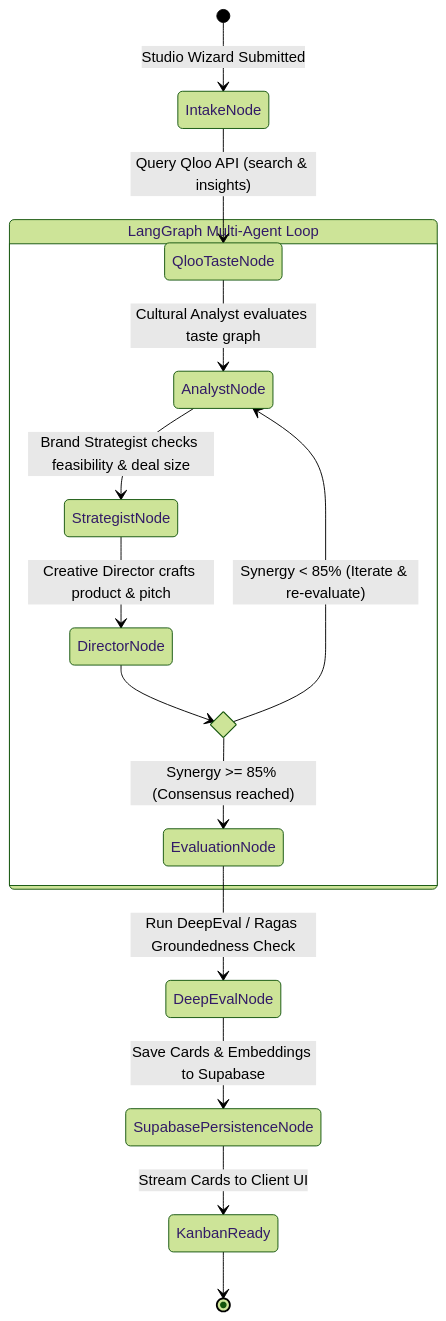
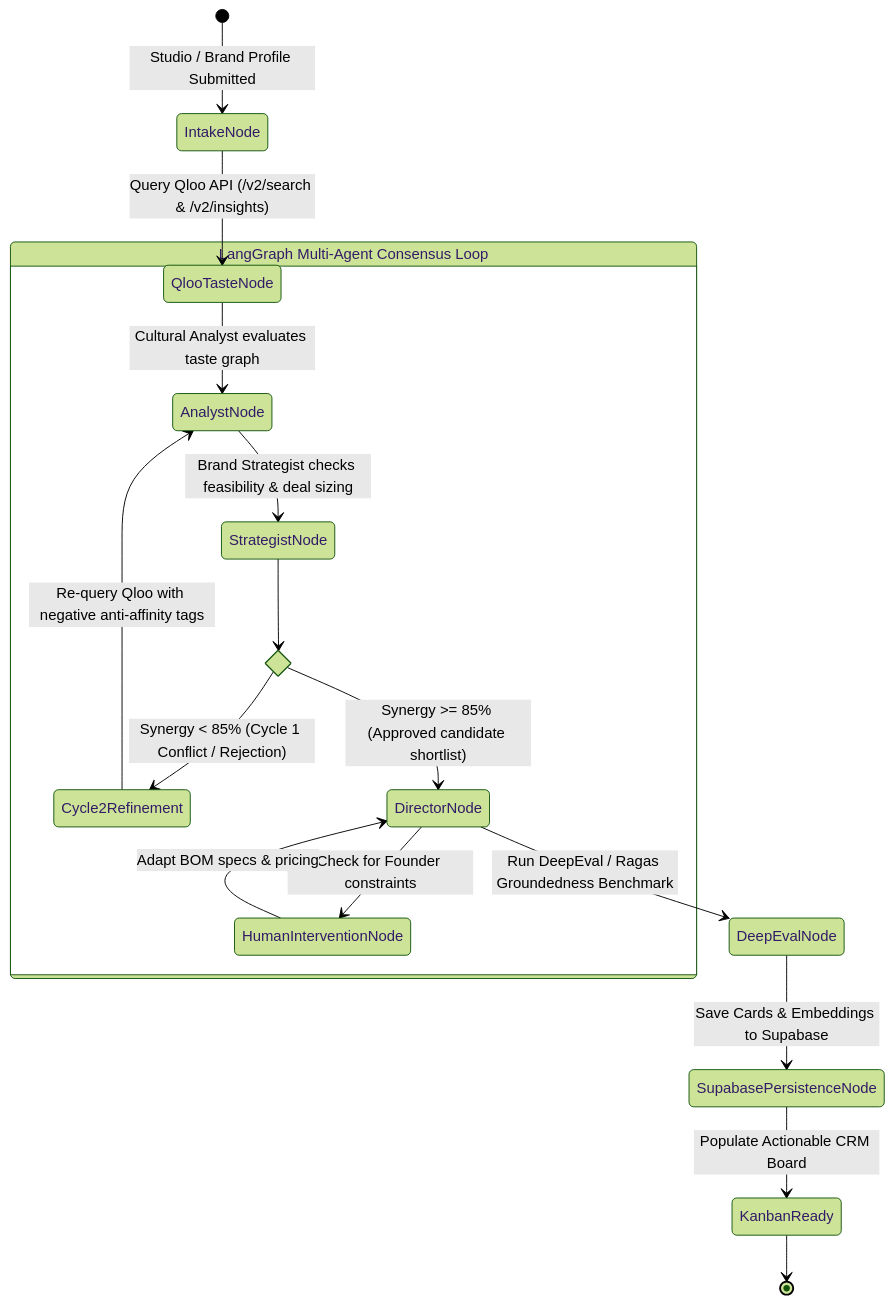
Before and after one commit to masbroustudio/VenturePulse: the second of 3 diagrams in docs/ARCHITECTURE.md, drawn with Mermaid (forest theme). The commit also changed other lines of this file and 16 other files, not shown here.

````diff
--- a/docs/ARCHITECTURE.md
+++ b/docs/ARCHITECTURE.md
@@ -76,21 +81,24 @@
 ```mermaid
 stateDiagram-v2
-    [*] --> IntakeNode: Studio Wizard Submitted
-    IntakeNode --> QlooTasteNode: Query Qloo API (search & insights)
+    [*] --> IntakeNode: Studio / Brand Profile Submitted
+    IntakeNode --> QlooTasteNode: Query Qloo API (/v2/search & /v2/insights)
     
-    state "LangGraph Multi-Agent Loop" as CouncilGraph {
+    state "LangGraph Multi-Agent Consensus Loop" as CouncilGraph {
         QlooTasteNode --> AnalystNode: Cultural Analyst evaluates taste graph
-        AnalystNode --> StrategistNode: Brand Strategist checks feasibility & deal size
-        StrategistNode --> DirectorNode: Creative Director crafts product & pitch
+        AnalystNode --> StrategistNode: Brand Strategist checks feasibility & deal sizing
         
         state ConsensusDecision <<choice>>
-        DirectorNode --> ConsensusDecision
-        ConsensusDecision --> AnalystNode: Synergy < 85% (Iterate & re-evaluate)
-        ConsensusDecision --> EvaluationNode: Synergy >= 85% (Consensus reached)
+        StrategistNode --> ConsensusDecision
+        ConsensusDecision --> Cycle2Refinement: Synergy < 85% (Cycle 1 Conflict / Rejection)
+        Cycle2Refinement --> AnalystNode: Re-query Qloo with negative anti-affinity tags
+        
+        ConsensusDecision --> DirectorNode: Synergy >= 85% (Approved candidate shortlist)
+        DirectorNode --> HumanInterventionNode: Check for Founder constraints
+        HumanInterventionNode --> DirectorNode: Adapt BOM specs & pricing
     }
 
-    EvaluationNode --> DeepEvalNode: Run DeepEval / Ragas Groundedness Check
+    DirectorNode --> DeepEvalNode: Run DeepEval / Ragas Groundedness Benchmark
     DeepEvalNode --> SupabasePersistenceNode: Save Cards & Embeddings to Supabase
-    SupabasePersistenceNode --> KanbanReady: Stream Cards to Client UI
+    SupabasePersistenceNode --> KanbanReady: Populate Actionable CRM Board
     KanbanReady --> [*]
 ```
````
